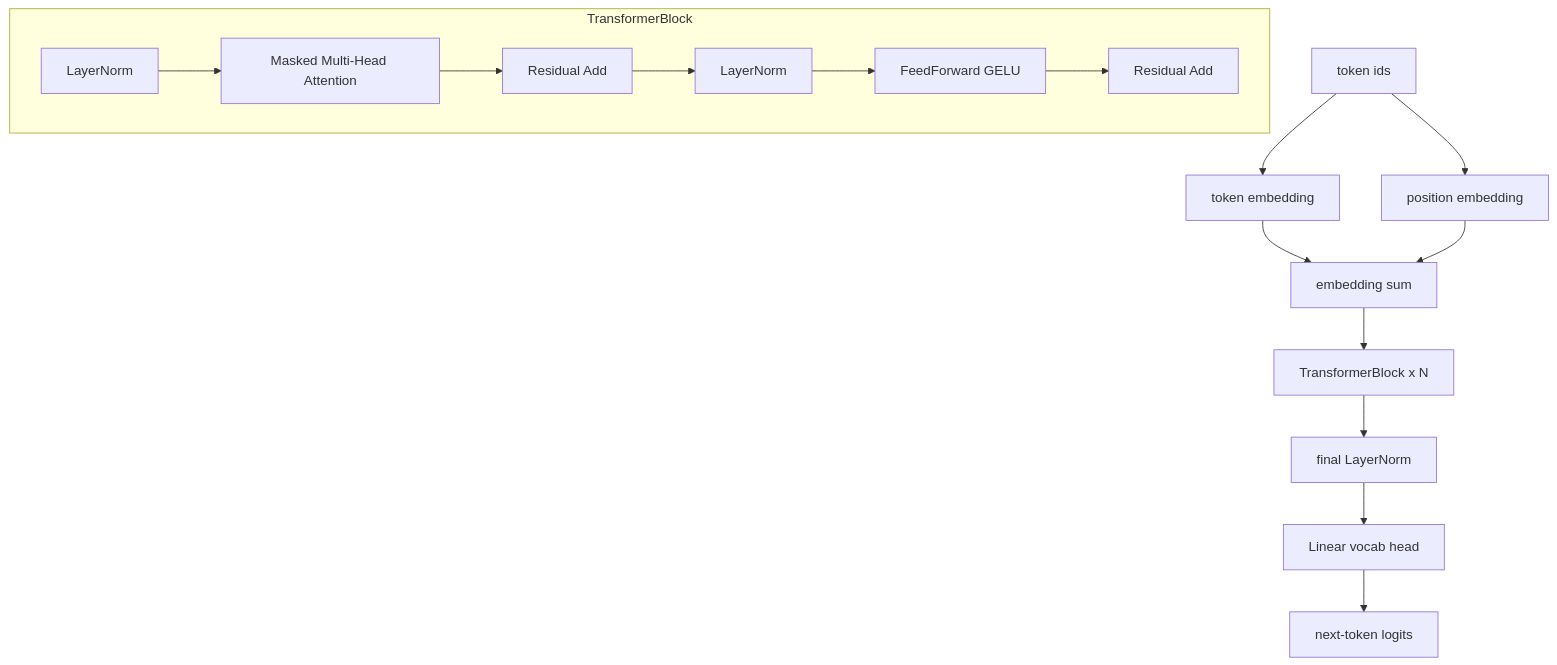
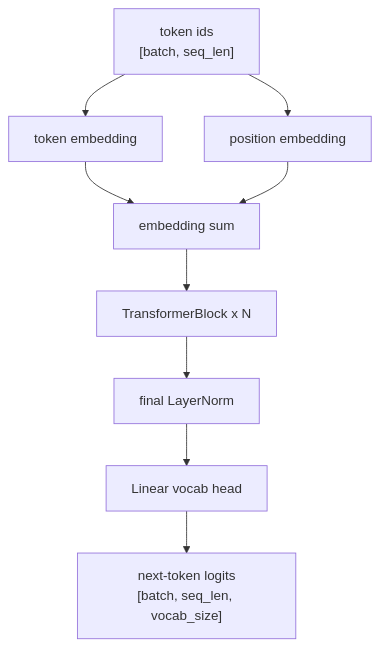
The second of 2 diagrams in docs/Chapter_4_Excercise_GPT.md (boslbosl/ai-specialist-26-language), drawn with Mermaid before and after one commit. The commit also changed other lines of this file and 39 other files, not shown here.

````diff
--- a/docs/Chapter_4_Excercise_GPT.md
+++ b/docs/Chapter_4_Excercise_GPT.md
@@ -9,18 +50,11 @@
 ```mermaid
 flowchart TD
-    A[token ids] --> B[token embedding]
-    A --> C[position embedding]
-    B --> D[embedding sum]
+    A["token ids<br/>[batch, seq_len]"] --> B["token embedding"]
+    A --> C["position embedding"]
+    B --> D["embedding sum"]
     C --> D
-    D --> E[TransformerBlock x N]
-    E --> F[final LayerNorm]
-    F --> G[Linear vocab head]
-    G --> H[next-token logits]
-    subgraph TransformerBlock
-      L1[LayerNorm] --> ATT[Masked Multi-Head Attention]
-      ATT --> R1[Residual Add]
-      R1 --> L2[LayerNorm]
-      L2 --> FF[FeedForward GELU]
-      FF --> R2[Residual Add]
-    end
+    D --> E["TransformerBlock x N"]
+    E --> F["final LayerNorm"]
+    F --> G["Linear vocab head"]
+    G --> H["next-token logits<br/>[batch, seq_len, vocab_size]"]
 ```
````
